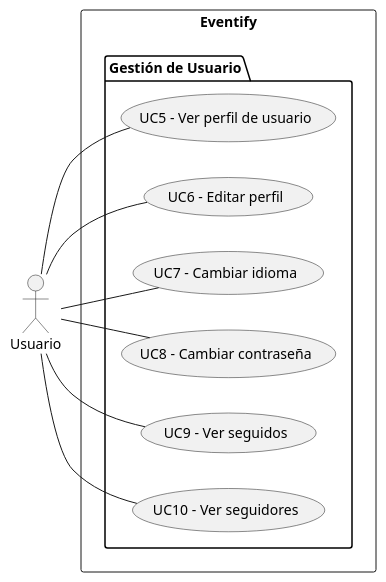
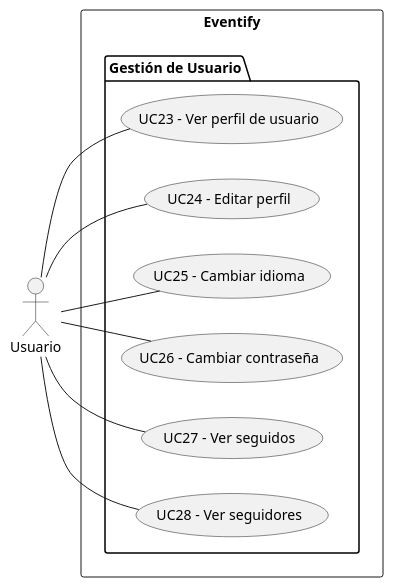
One commit to valeraruggierotesisucv/tesis-frameworks-mobile-diagrams changed the diagram in Requisitos/Casos de Uso/UseCaseDiagramUserManagement.plantuml. Above: the diagram before and after it, drawn with PlantUML. The commit also changed 14 other files, not shown here.

Commit message:
Update use case diagrams: renumber and reorganize use case identifiers across event management, social interactions, and user management packages

```diff
--- a/Requisitos/Casos de Uso/UseCaseDiagramUserManagement.plantuml
+++ b/Requisitos/Casos de Uso/UseCaseDiagramUserManagement.plantuml
@@ -1,21 +1,21 @@
 @startuml UseCaseDiagramUserManagement
     left to right direction
     actor "Usuario" as usuario
     rectangle "Eventify" {
         package "Gestión de Usuario" {
-            usecase "UC5 - Ver perfil de usuario" as verPerfil
-            usecase "UC6 - Editar perfil" as editarPerfil
-            usecase "UC7 - Cambiar idioma" as cambiarIdioma
-            usecase "UC8 - Cambiar contraseña" as cambiarContrasena
-            usecase "UC9 - Ver seguidos" as verSeguidos
-            usecase "UC10 - Ver seguidores" as verSeguidores
+            usecase "UC23 - Ver perfil de usuario" as verPerfil
+            usecase "UC24 - Editar perfil" as editarPerfil
+            usecase "UC25 - Cambiar idioma" as cambiarIdioma
+            usecase "UC26 - Cambiar contraseña" as cambiarContrasena
+            usecase "UC27 - Ver seguidos" as verSeguidos
+            usecase "UC28 - Ver seguidores" as verSeguidores
         }
     }
 
     usuario -- verPerfil
     usuario -- editarPerfil
     usuario -- cambiarIdioma
     usuario -- cambiarContrasena
     usuario -- verSeguidos
     usuario -- verSeguidores
 @enduml
```
